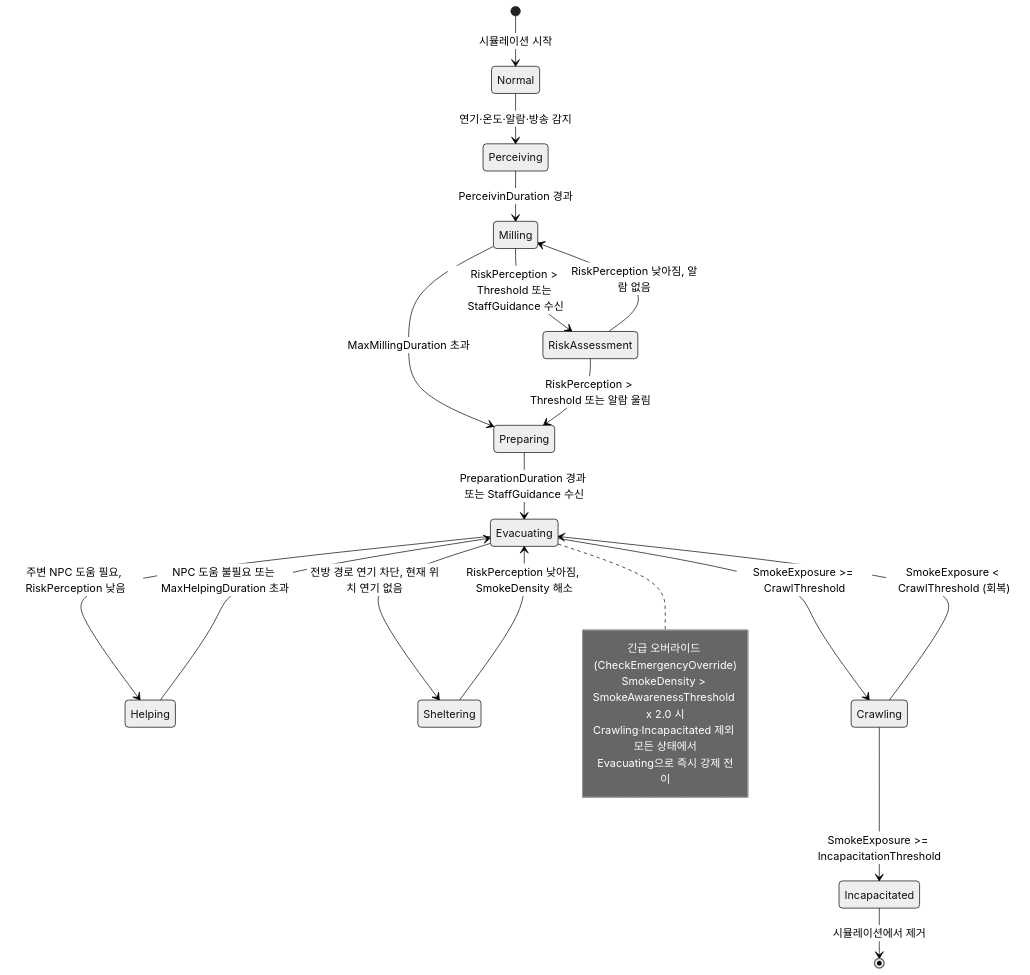
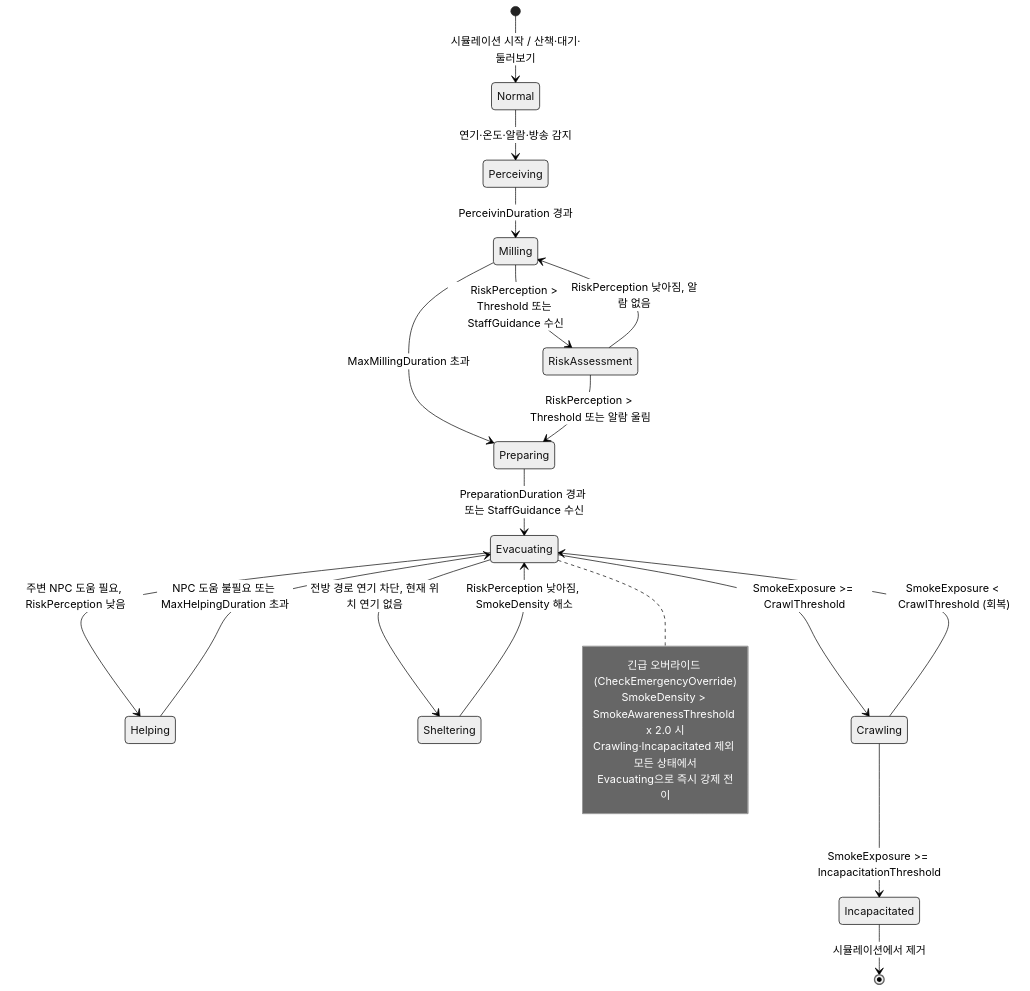
The seventh of 8 diagrams in YUFS/Docs/ARCHITECTURE.md (YOON-JAEYEONG/Fire-Simulation), drawn with Mermaid (neutral theme) before and after one commit. The commit also changed other lines of this file and 1917 other files, not shown here.

````diff
--- a/YUFS/Docs/ARCHITECTURE.md
+++ b/YUFS/Docs/ARCHITECTURE.md
@@ -578,36 +599,36 @@
 ```mermaid
 stateDiagram-v2
-    [*] --> Normal : 시뮬레이션 시작
+    [*] --> Normal : 시뮬레이션 시작 / 산책·대기·둘러보기
 
     Normal --> Perceiving : 연기·온도·알람·방송 감지
 
     Perceiving --> Milling : PerceivinDuration 경과
 
     Milling --> RiskAssessment : RiskPerception > Threshold 또는 StaffGuidance 수신
     Milling --> Preparing : MaxMillingDuration 초과
 
     RiskAssessment --> Preparing : RiskPerception > Threshold 또는 알람 울림
     RiskAssessment --> Milling : RiskPerception 낮아짐, 알람 없음
 
     Preparing --> Evacuating : PreparationDuration 경과 또는 StaffGuidance 수신
 
     Evacuating --> Helping : 주변 NPC 도움 필요, RiskPerception 낮음
     Evacuating --> Sheltering : 전방 경로 연기 차단, 현재 위치 연기 없음
     Evacuating --> Crawling : SmokeExposure >= CrawlThreshold
 
     Helping --> Evacuating : NPC 도움 불필요 또는 MaxHelpingDuration 초과
 
     Sheltering --> Evacuating : RiskPerception 낮아짐, SmokeDensity 해소
 
     Crawling --> Evacuating : SmokeExposure < CrawlThreshold (회복)
     Crawling --> Incapacitated : SmokeExposure >= IncapacitationThreshold
 
     note right of Evacuating
         긴급 오버라이드 (CheckEmergencyOverride)
         SmokeDensity > SmokeAwarenessThreshold x 2.0 시
         Crawling·Incapacitated 제외 모든 상태에서
         Evacuating으로 즉시 강제 전이
     end note
 
     Incapacitated --> [*] : 시뮬레이션에서 제거
 ```
````
